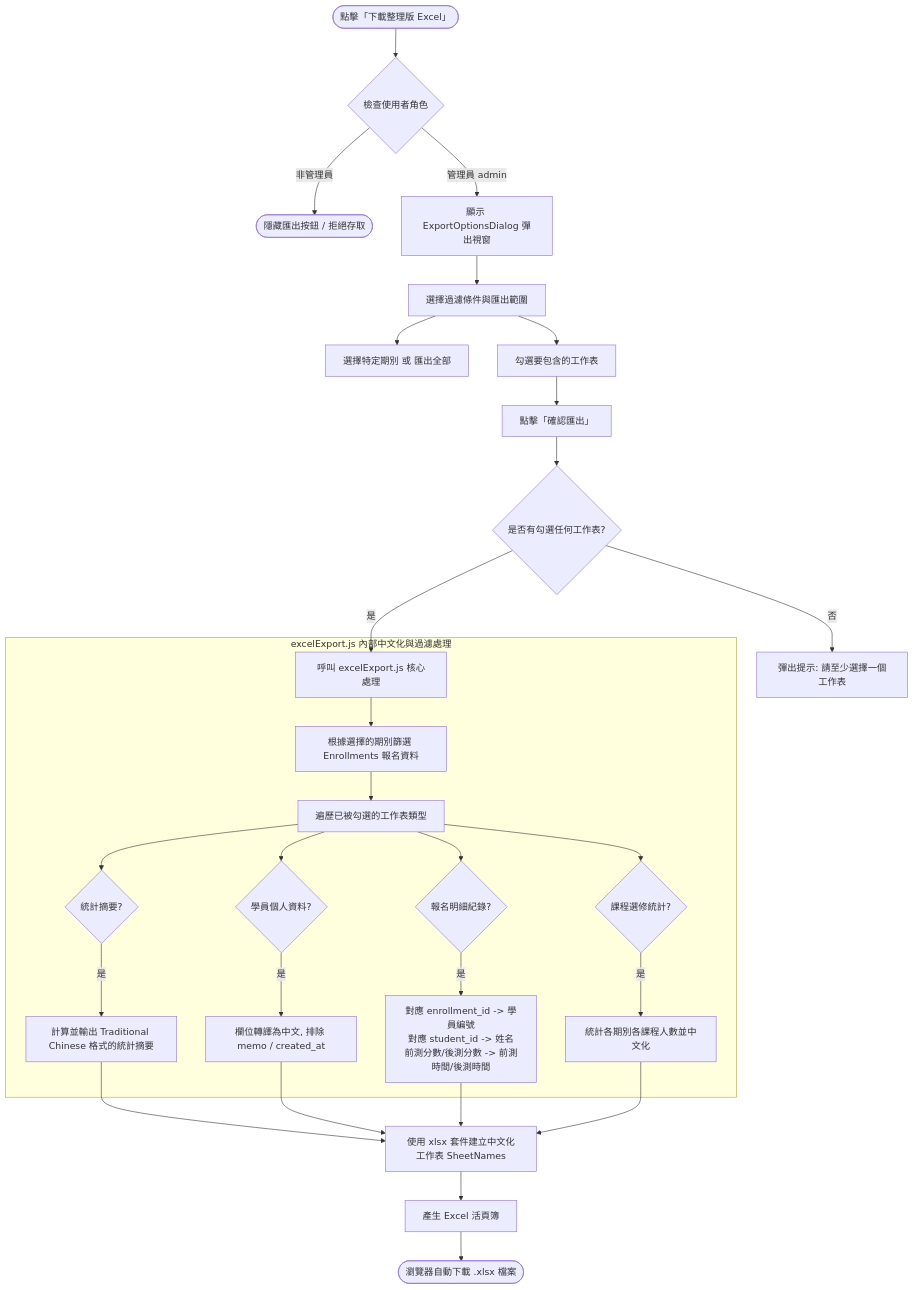
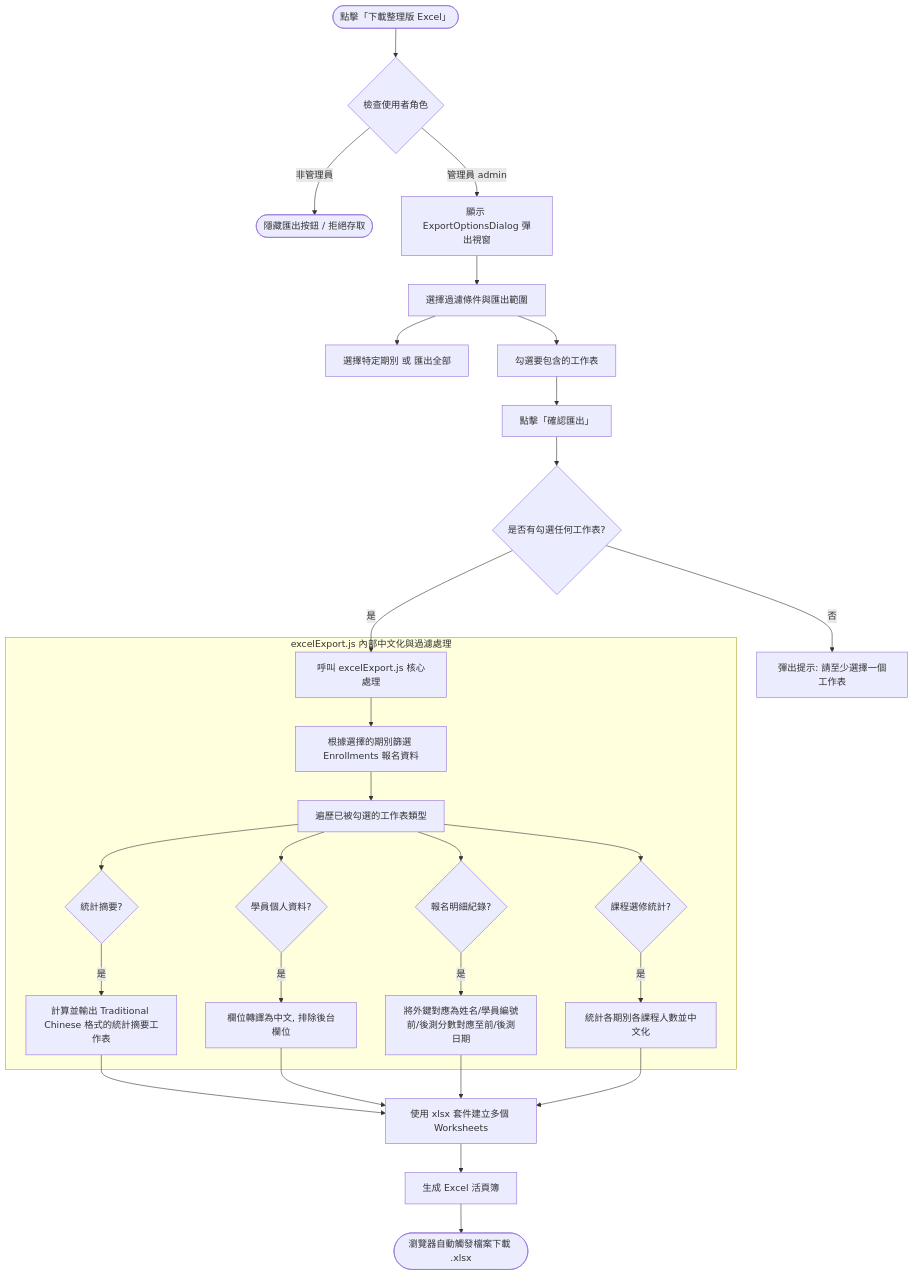
One commit to TWTooru/ChanghuaYMCA_SeniorMenberSystem changed the third of 4 diagrams in 架構.md. Above: the diagram before and after it, drawn with Mermaid. The commit also changed other lines of this file and 5 other files, not shown here.

````diff
--- a/架構.md
+++ b/架構.md
@@ -94,30 +154,30 @@
 ```mermaid
 flowchart TD
     Start([點擊「下載整理版 Excel」]) --> CheckRole{檢查使用者角色}
     
     CheckRole -->|非管理員| Deny([隱藏匯出按鈕 / 拒絕存取])
     CheckRole -->|管理員 admin| ShowDialog[顯示 ExportOptionsDialog 彈出視窗]
     
     ShowDialog --> UserInput[選擇過濾條件與匯出範圍]
     UserInput --> SelectSeason[選擇特定期別 或 匯出全部]
     UserInput --> SelectSheets[勾選要包含的工作表]
     
     SelectSheets --> ClickExport[點擊「確認匯出」]
     ClickExport --> CheckEmpty{是否有勾選任何工作表?}
     CheckEmpty -->|否| Abort[彈出提示: 請至少選擇一個工作表]
     CheckEmpty -->|是| CallLib[呼叫 excelExport.js 核心處理]
     
     subgraph subExcel ["excelExport.js 內部中文化與過濾處理"]
         CallLib --> FilterData[根據選擇的期別篩選 Enrollments 報名資料]
         FilterData --> LoopSheets[遍歷已被勾選的工作表類型]
         
-        LoopSheets --> Sheet1{統計摘要?} -->|是| MapSummary[計算並輸出 Traditional Chinese 格式的統計摘要]
-        LoopSheets --> Sheet2{學員個人資料?} -->|是| MapStudents["欄位轉譯為中文, 排除 memo / created_at"]
-        LoopSheets --> Sheet3{報名明細紀錄?} -->|是| MapEnroll["對應 enrollment_id -> 學員編號<br/>對應 student_id -> 姓名<br/>前測分數/後測分數 -> 前測時間/後測時間"]
+        LoopSheets --> Sheet1{統計摘要?} -->|是| MapSummary[計算並輸出 Traditional Chinese 格式的統計摘要工作表]
+        LoopSheets --> Sheet2{學員個人資料?} -->|是| MapStudents["欄位轉譯為中文, 排除後台欄位"]
+        LoopSheets --> Sheet3{報名明細紀錄?} -->|是| MapEnroll["將外鍵對應為姓名/學員編號<br/>前/後測分數對應至前/後測日期"]
         LoopSheets --> Sheet4{課程選修統計?} -->|是| MapCourses[統計各期別各課程人數並中文化]
     end
     
-    MapSummary & MapStudents & MapEnroll & MapCourses --> BuildWorkbook[使用 xlsx 套件建立中文化工作表 SheetNames]
-    BuildWorkbook --> GenerateFile[產生 Excel 活頁簿]
-    GenerateFile --> Download([瀏覽器自動下載 .xlsx 檔案])
+    MapSummary & MapStudents & MapEnroll & MapCourses --> BuildWorkbook[使用 xlsx 套件建立多個 Worksheets]
+    BuildWorkbook --> GenerateFile[生成 Excel 活頁簿]
+    GenerateFile --> Download([瀏覽器自動觸發檔案下載 .xlsx])
 ```
````
